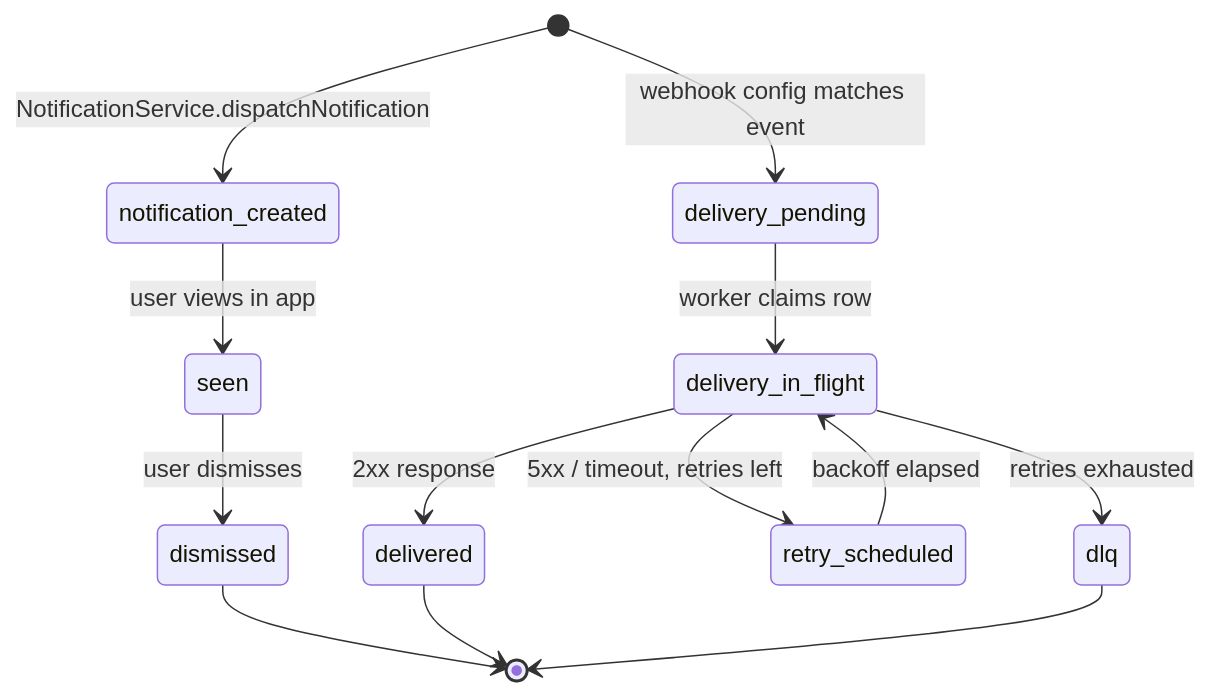
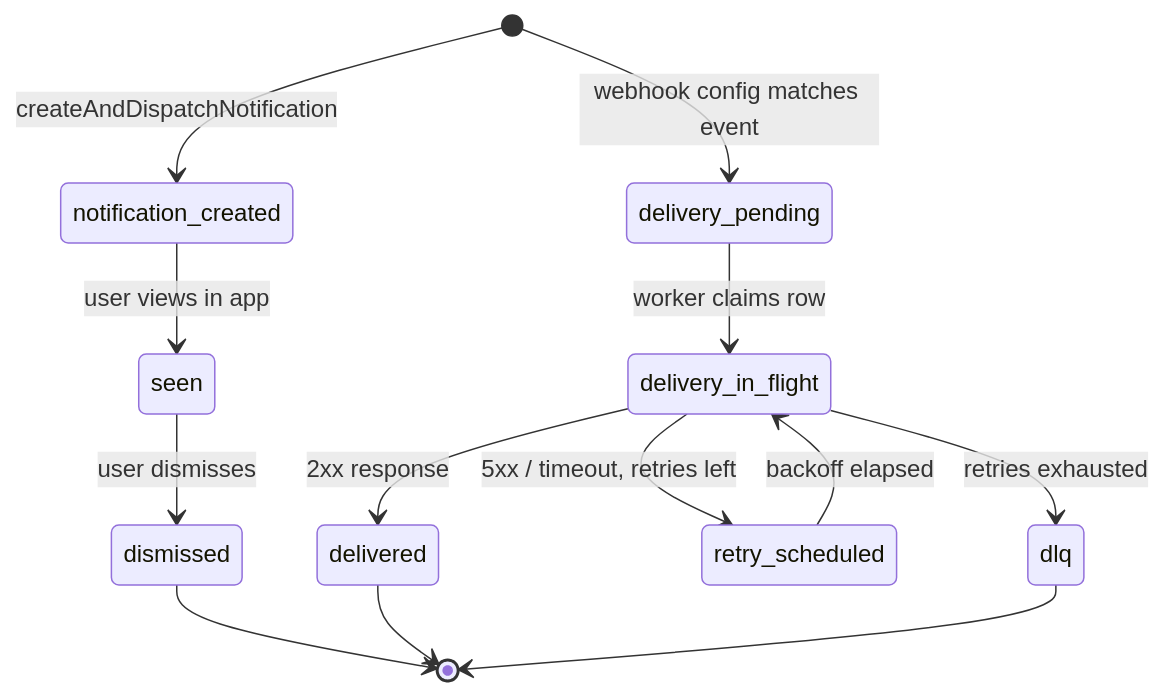
Before and after one commit to nikunjmavani/core-be: the diagram in src/domains/notify/notify.overview.md, drawn with Mermaid. The commit also changed other lines of this file and 10 other files, not shown here.

````diff
--- a/src/domains/notify/notify.overview.md
+++ b/src/domains/notify/notify.overview.md
@@ -54,15 +53,15 @@
 ```mermaid
 stateDiagram-v2
-  [*] --> notification_created: NotificationService.dispatchNotification
+  [*] --> notification_created: createAndDispatchNotification
   notification_created --> seen: user views in app
   seen --> dismissed: user dismisses
   dismissed --> [*]
   [*] --> delivery_pending: webhook config matches event
   delivery_pending --> delivery_in_flight: worker claims row
   delivery_in_flight --> delivered: 2xx response
   delivery_in_flight --> retry_scheduled: 5xx / timeout, retries left
   retry_scheduled --> delivery_in_flight: backoff elapsed
   delivery_in_flight --> dlq: retries exhausted
   delivered --> [*]
   dlq --> [*]
 ```
````
